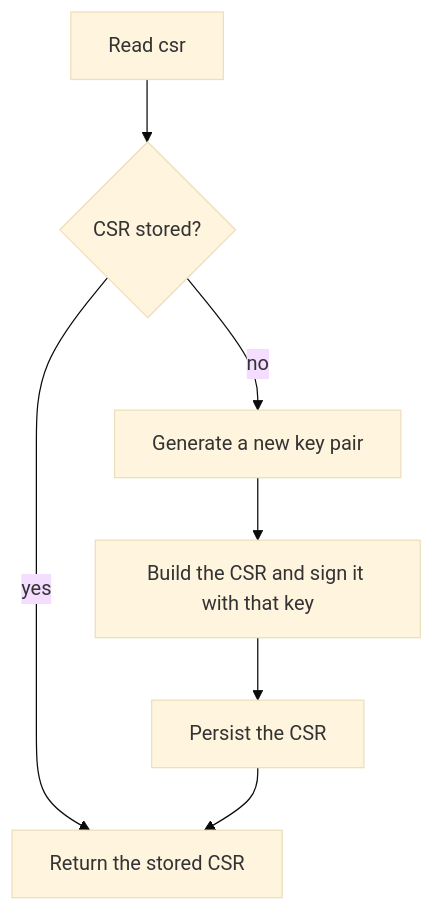
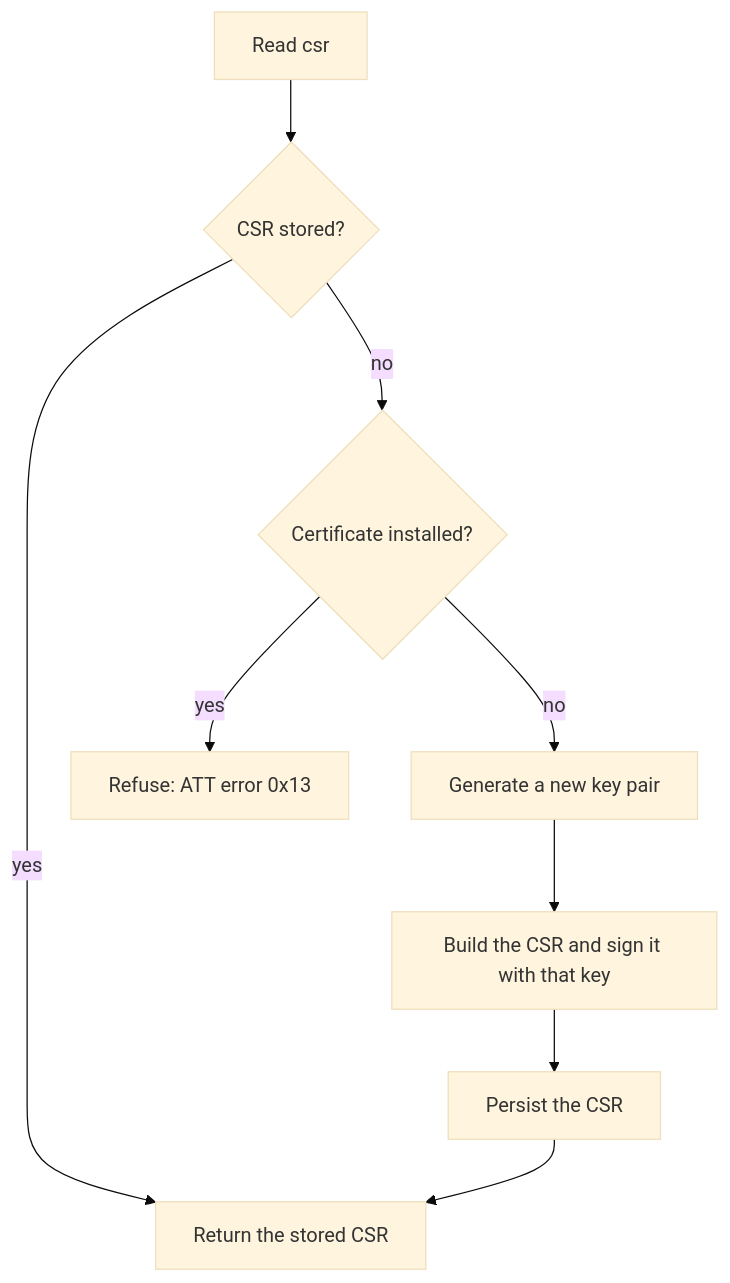
One commit to diogocerqueiralima/vehicle-tracker changed the diagram in docs/device/ble/authentication/overview.md. Above: the diagram before and after it, drawn with Mermaid (base theme). The commit also changed other lines of this file and 3 other files, not shown here.

Commit message:
feat: enhance CSR generation and revocation logic to prevent key rotation with installed certificates

````diff
--- a/docs/device/ble/authentication/overview.md
+++ b/docs/device/ble/authentication/overview.md
@@ -22,9 +22,11 @@
 ```mermaid
 flowchart TD
     A[Read csr] --> B{CSR stored?}
     B -- yes --> C[Return the stored CSR]
-    B -- no --> D[Generate a new key pair]
+    B -- no --> G{Certificate installed?}
+    G -- yes --> H[Refuse: ATT error 0x13]
+    G -- no --> D[Generate a new key pair]
     D --> E[Build the CSR and sign it with that key]
     E --> F[Persist the CSR]
     F --> C
 ```
````
